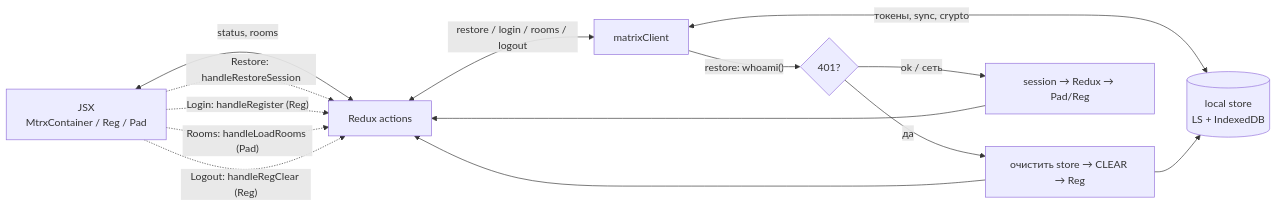
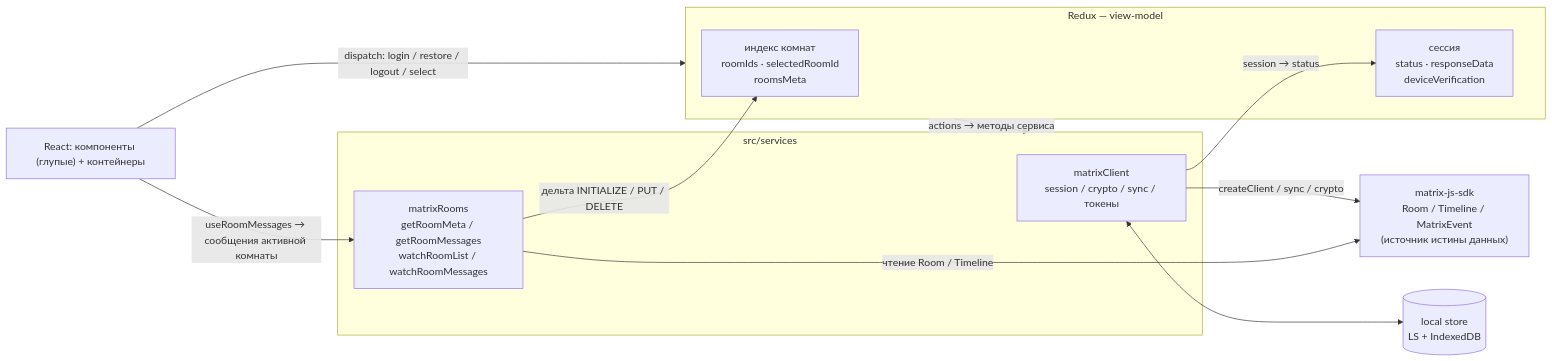
The diagram in LOGIC_flowchart.mmd (ars-anosov/matrix-react), drawn with Mermaid before and after one commit. The commit also changed 13 other files, not shown here.

```diff
--- a/LOGIC_flowchart.mmd
+++ b/LOGIC_flowchart.mmd
@@ -1,21 +1,24 @@
 flowchart LR
-  UI["JSX<br/>MtrxContainer / Reg / Pad"]
-  Actions["Redux actions"]
-  Client["matrixClient"]
+  UI["React: компоненты (глупые) + контейнеры"]
+
+  subgraph Redux["Redux — view-model"]
+    IDX["индекс комнат<br/>roomIds · selectedRoomId<br/>roomsMeta"]
+    SES["сессия<br/>status · responseData<br/>deviceVerification"]
+  end
+
+  subgraph SVC["src/services"]
+    CL["matrixClient<br/>session / crypto / sync / токены"]
+    ROOMS["matrixRooms<br/>getRoomMeta / getRoomMessages<br/>watchRoomList / watchRoomMessages"]
+  end
+
+  SDK["matrix-js-sdk<br/>Room / Timeline / MatrixEvent<br/>(источник истины данных)"]
   Store[("local store<br/>LS + IndexedDB")]
 
-  UI <-->|"status, rooms"| Actions
-  Actions <-->|"restore / login / rooms / logout"| Client
-  Client <-->|"токены, sync, crypto"| Store
-
-  UI -.->|"Restore: handleRestoreSession"| Actions
-  UI -.->|"Login: handleRegister (Reg)"| Actions
-  UI -.->|"Rooms: handleLoadRooms (Pad)"| Actions
-  UI -.->|"Logout: handleRegClear (Reg)"| Actions
-
-  Client -->|"restore: whoami()"| Who{"401?"}
-  Who -->|"да"| Dead["очистить store → CLEAR → Reg"]
-  Who -->|"ok / сеть"| Ok["session → Redux → Pad/Reg"]
-  Dead --> Store
-  Dead --> Actions
-  Ok --> Actions
+  UI -->|"dispatch: login / restore / logout / select"| Redux
+  Redux -->|"actions → методы сервиса"| SVC
+  ROOMS -->|"дельта INITIALIZE / PUT / DELETE"| IDX
+  CL -->|"session → status"| SES
+  UI -->|"useRoomMessages → сообщения активной комнаты"| ROOMS
+  CL <--> Store
+  ROOMS -->|"чтение Room / Timeline"| SDK
+  CL -->|"createClient / sync / crypto"| SDK
```
